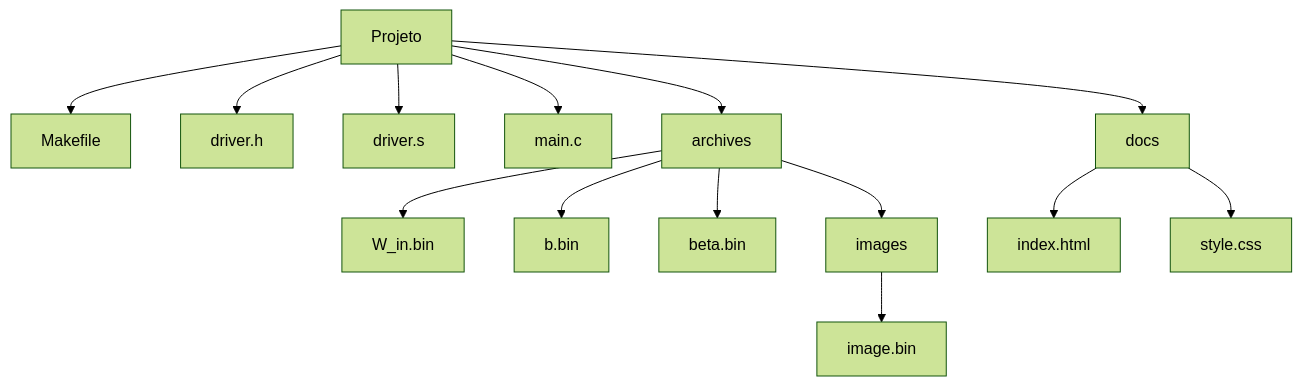
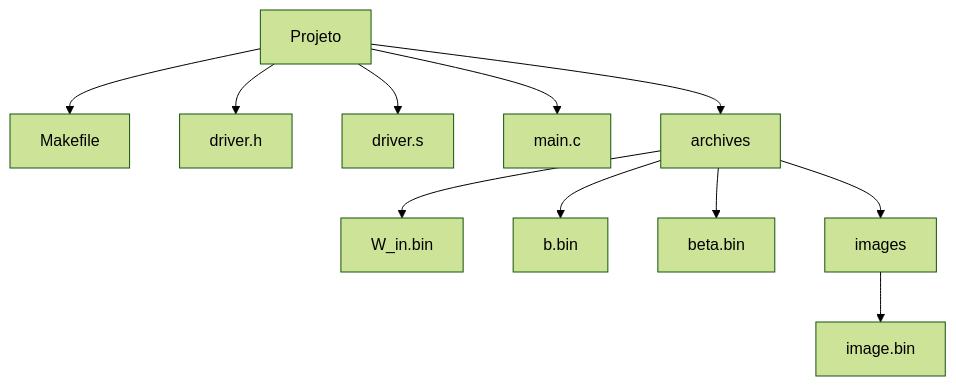
Before and after one commit to marcosvdiaso/de1soc-driver-elm: the second of 2 diagrams in README.md, drawn with Mermaid (forest theme).

Commit message:
Remove docs and related files from README diagram
Removed references to docs and associated files from the diagram.

````diff
--- a/README.md
+++ b/README.md
@@ -205,22 +205,19 @@
 ```mermaid
 flowchart TD
 
     A[Projeto]
 
     A --> B[Makefile]
     A --> C[driver.h]
     A --> D[driver.s]
     A --> E[main.c]
 
     A --> G[archives]
     G --> G1[W_in.bin]
     G --> G2[b.bin]
     G --> G3[beta.bin]
 
     G --> G4[images]
     G4 --> G5[image.bin]
 
-    A --> H[docs]
-    H --> H1[index.html]
-    H --> H2[style.css]
 ```
````
